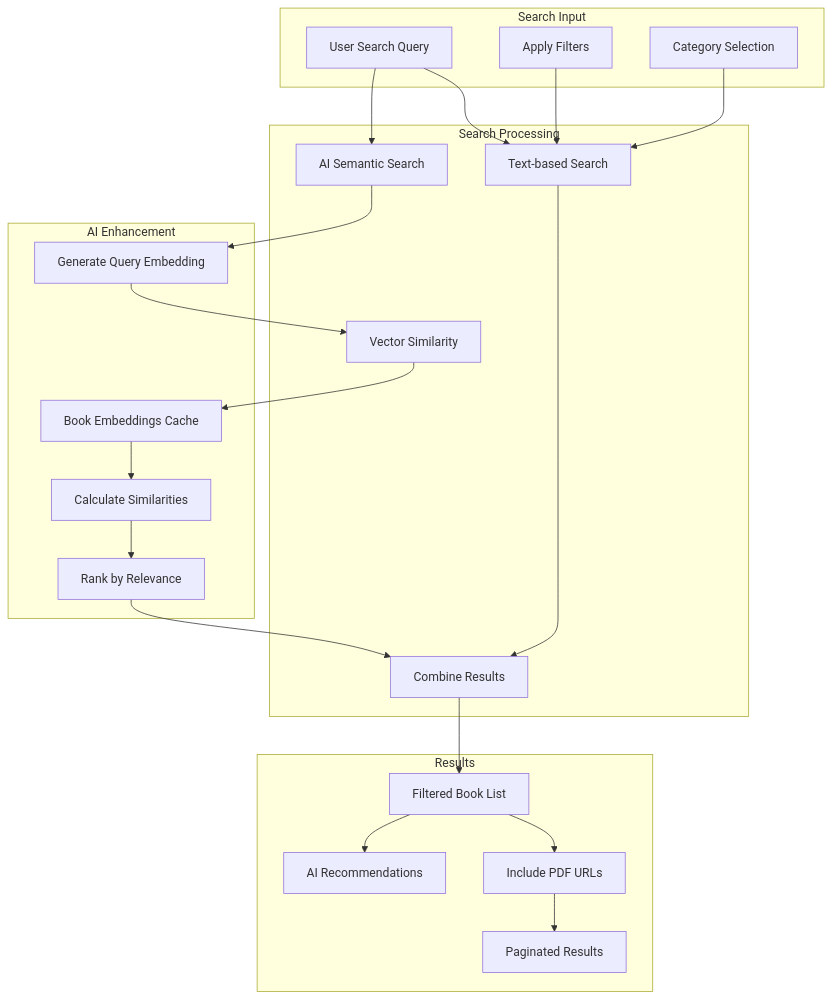
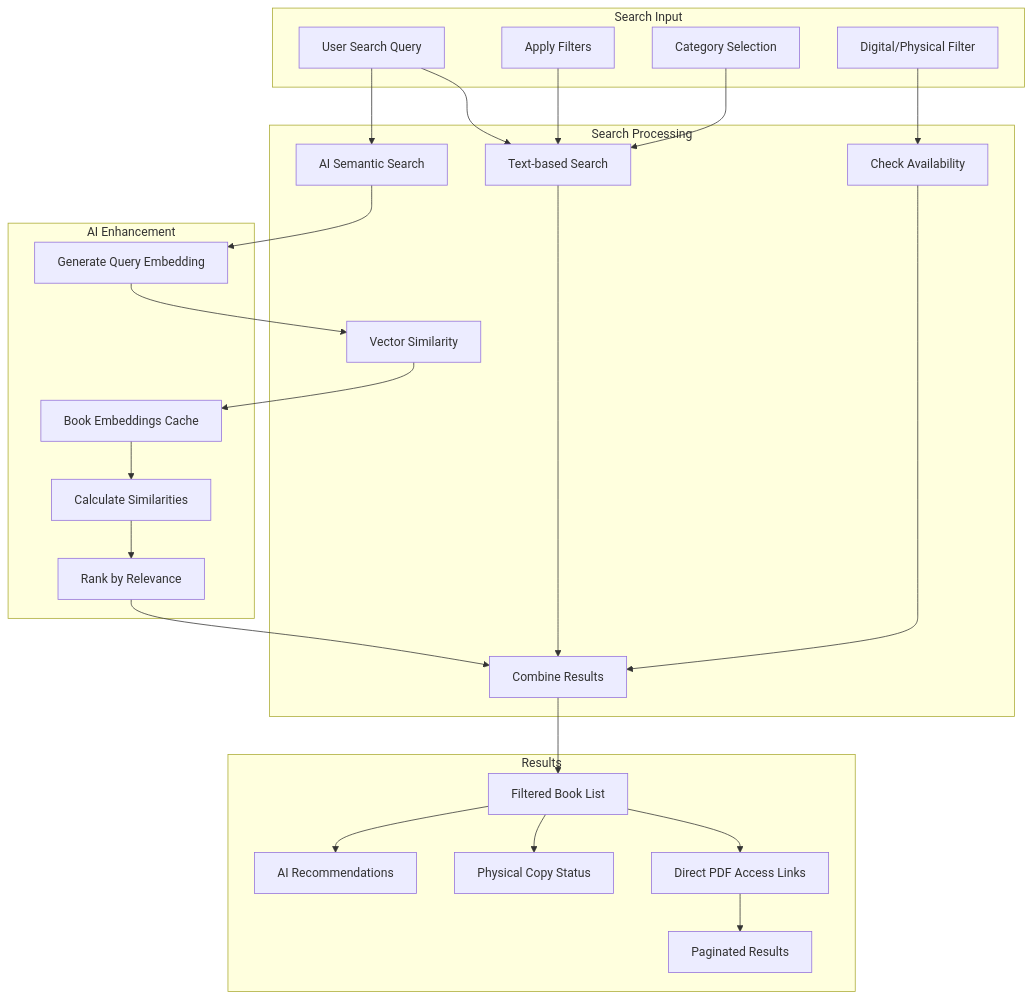
Before and after one commit to H3xKatana/EstinBib-new: diagram 11 of 12 in README.md, drawn with Mermaid. The commit also changed other lines of this file, not shown here.

````diff
--- a/README.md
+++ b/README.md
@@ -549,48 +745,54 @@
 ```mermaid
 graph TB
     subgraph "Search Input"
         USER_QUERY[User Search Query]
         FILTERS[Apply Filters]
         CATEGORIES[Category Selection]
+        TYPE_FILTER[Digital/Physical Filter]
     end
     
     subgraph "Search Processing"
         TEXT_SEARCH[Text-based Search]
         SEMANTIC_SEARCH[AI Semantic Search]
         VECTOR_MATCH[Vector Similarity]
         COMBINE[Combine Results]
+        AVAILABILITY[Check Availability]
     end
     
     subgraph "AI Enhancement"
         GEMINI_EMBED[Generate Query Embedding]
         BOOK_EMBED[Book Embeddings Cache]
         SIMILARITY[Calculate Similarities]
         RANK[Rank by Relevance]
     end
     
     subgraph "Results"
         BOOK_LIST[Filtered Book List]
-        PDF_LINKS[Include PDF URLs]
+        PDF_LINKS[Direct PDF Access Links]
+        PHYSICAL_STATUS[Physical Copy Status]
         RECOMMENDATIONS[AI Recommendations]
         PAGINATION[Paginated Results]
     end
     
     USER_QUERY --> TEXT_SEARCH
     USER_QUERY --> SEMANTIC_SEARCH
     FILTERS --> TEXT_SEARCH
     CATEGORIES --> TEXT_SEARCH
+    TYPE_FILTER --> AVAILABILITY
     
     SEMANTIC_SEARCH --> GEMINI_EMBED
     GEMINI_EMBED --> VECTOR_MATCH
     VECTOR_MATCH --> BOOK_EMBED
     BOOK_EMBED --> SIMILARITY
     SIMILARITY --> RANK
     
     TEXT_SEARCH --> COMBINE
     RANK --> COMBINE
+    AVAILABILITY --> COMBINE
     
     COMBINE --> BOOK_LIST
     BOOK_LIST --> PDF_LINKS
+    BOOK_LIST --> PHYSICAL_STATUS
     BOOK_LIST --> RECOMMENDATIONS
     PDF_LINKS --> PAGINATION
 ```
````
